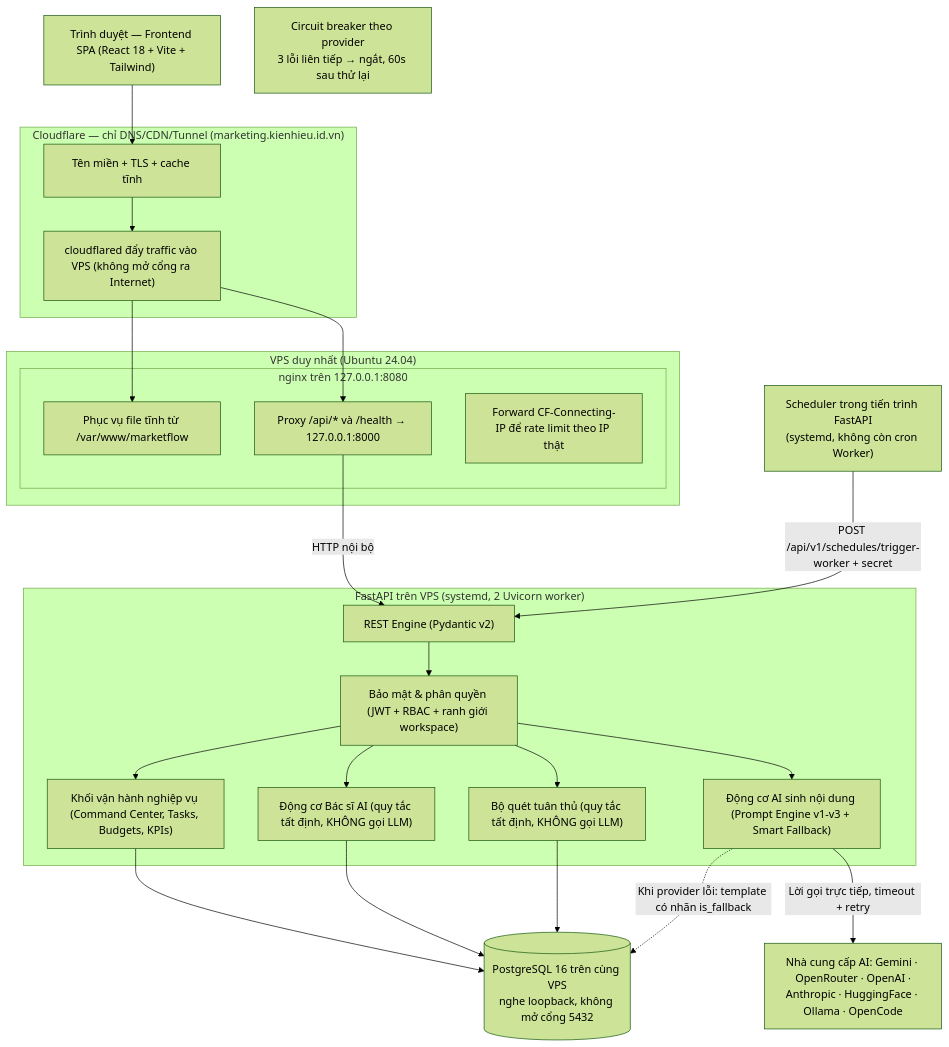
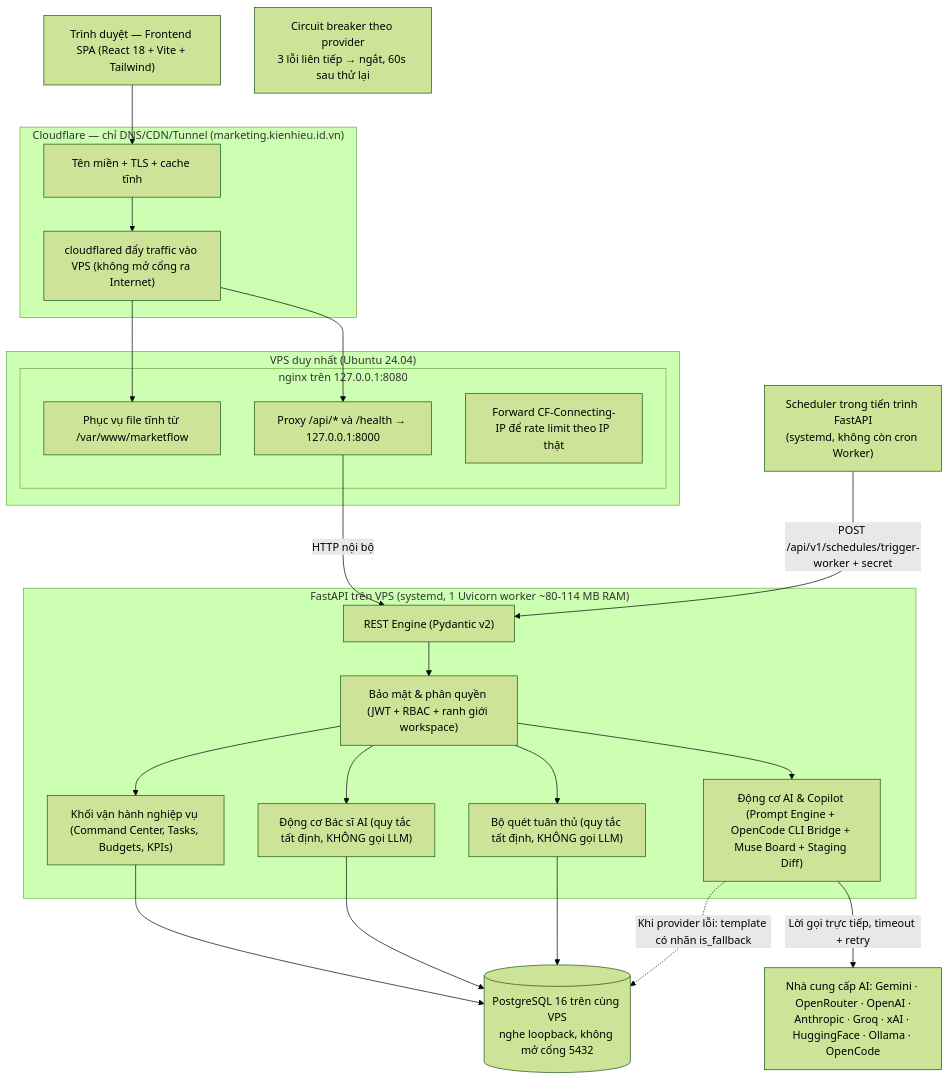
Before and after one commit to hieu-kiien/he-thong-quan-ly-chien-dich-marketing-co-tich-hop-ai: the first of 3 diagrams in docs/ARCHITECTURE.md, drawn with Mermaid (forest theme). The commit also changed other lines of this file and 201 other files, not shown here.

Commit message:
feat(martech-ai): Guided Malleable Architecture, Live OpenCode CLI bridge, unified ROAS & AIA331 alignment

````diff
--- a/docs/ARCHITECTURE.md
+++ b/docs/ARCHITECTURE.md
@@ -34,49 +34,49 @@
 ```mermaid
 graph TD
     Browser["Trình duyệt — Frontend SPA (React 18 + Vite + Tailwind)"]
 
     subgraph Edge["Cloudflare — chỉ DNS/CDN/Tunnel (marketing.kienhieu.id.vn)"]
         DNS["Tên miền + TLS + cache tĩnh"]
         Tunnel["cloudflared đẩy traffic vào VPS (không mở cổng ra Internet)"]
     end
 
     subgraph VPS["VPS duy nhất (Ubuntu 24.04)"]
     subgraph Web["nginx trên 127.0.0.1:8080"]
         Assets["Phục vụ file tĩnh từ /var/www/marketflow"]
         Proxy["Proxy /api/* và /health → 127.0.0.1:8000"]
         Headers["Forward CF-Connecting-IP để rate limit theo IP thật"]
     end
     end
 
-    subgraph App["FastAPI trên VPS (systemd, 2 Uvicorn worker)"]
+    subgraph App["FastAPI trên VPS (systemd, 1 Uvicorn worker ~80-114 MB RAM)"]
         API["REST Engine (Pydantic v2)"]
         Auth["Bảo mật & phân quyền (JWT + RBAC + ranh giới workspace)"]
         Operations["Khối vận hành nghiệp vụ (Command Center, Tasks, Budgets, KPIs)"]
         AIDoctor["Động cơ Bác sĩ AI (quy tắc tất định, KHÔNG gọi LLM)"]
         Compliance["Bộ quét tuân thủ (quy tắc tất định, KHÔNG gọi LLM)"]
-        AIEngine["Động cơ AI sinh nội dung (Prompt Engine v1-v3 + Smart Fallback)"]
+        AIEngine["Động cơ AI & Copilot (Prompt Engine + OpenCode CLI Bridge + Muse Board + Staging Diff)"]
     end
 
     DB[("PostgreSQL 16 trên cùng VPS<br/>nghe loopback, không mở cổng 5432")]
-    ExternalAI["Nhà cung cấp AI: Gemini · OpenRouter · OpenAI ·<br/>Anthropic · HuggingFace · Ollama · OpenCode"]
+    ExternalAI["Nhà cung cấp AI: Gemini · OpenRouter · OpenAI ·<br/>Anthropic · Groq · xAI · HuggingFace · Ollama · OpenCode"]
     Breaker["Circuit breaker theo provider<br/>3 lỗi liên tiếp → ngắt, 60s sau thử lại"]
     Scheduler["Scheduler trong tiến trình FastAPI<br/>(systemd, không còn cron Worker)"]
 
     Browser --> DNS
     DNS --> Tunnel
     Tunnel --> Assets
     Tunnel --> Proxy
     Proxy -->|HTTP nội bộ| API
     Scheduler -->|POST /api/v1/schedules/trigger-worker + secret| API
 
     API --> Auth
     Auth --> Operations
     Auth --> AIDoctor
     Auth --> Compliance
     Auth --> AIEngine
     Operations --> DB
     AIDoctor --> DB
     Compliance --> DB
     AIEngine -->|Lời gọi trực tiếp, timeout + retry| ExternalAI
     AIEngine -.->|Khi provider lỗi: template có nhãn is_fallback| DB
 ```
````
